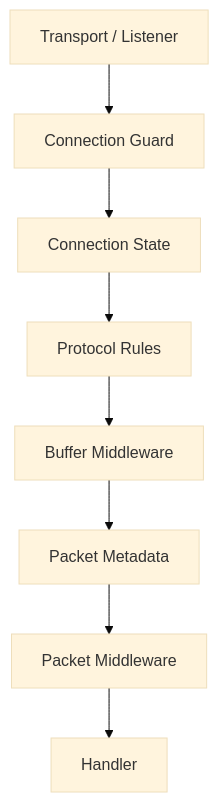
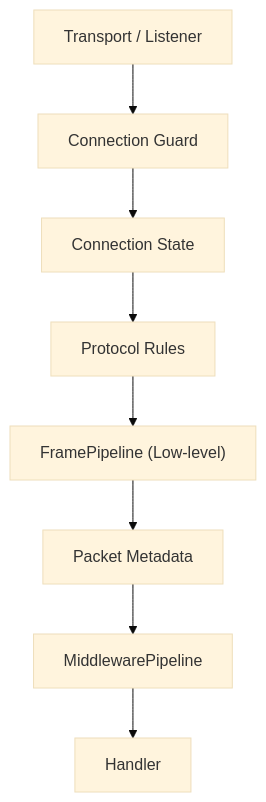
One commit to ppn-systems/Nalix changed the diagram in docs/concepts/security/security-architecture.md. Above: the diagram before and after it, drawn with Mermaid (base theme). The commit also changed other lines of this file and 64 other files, not shown here.

````diff
--- a/docs/concepts/security/security-architecture.md
+++ b/docs/concepts/security/security-architecture.md
@@ -14,10 +14,10 @@
 ```mermaid
 flowchart TD
     A["Transport / Listener"] --> B["Connection Guard"]
     B --> C["Connection State"]
     C --> D["Protocol Rules"]
-    D --> E["Buffer Middleware"]
+    D --> E["FramePipeline (Low-level)"]
     E --> F["Packet Metadata"]
-    F --> G["Packet Middleware"]
+    F --> G["MiddlewarePipeline"]
     G --> H["Handler"]
 ```
````
